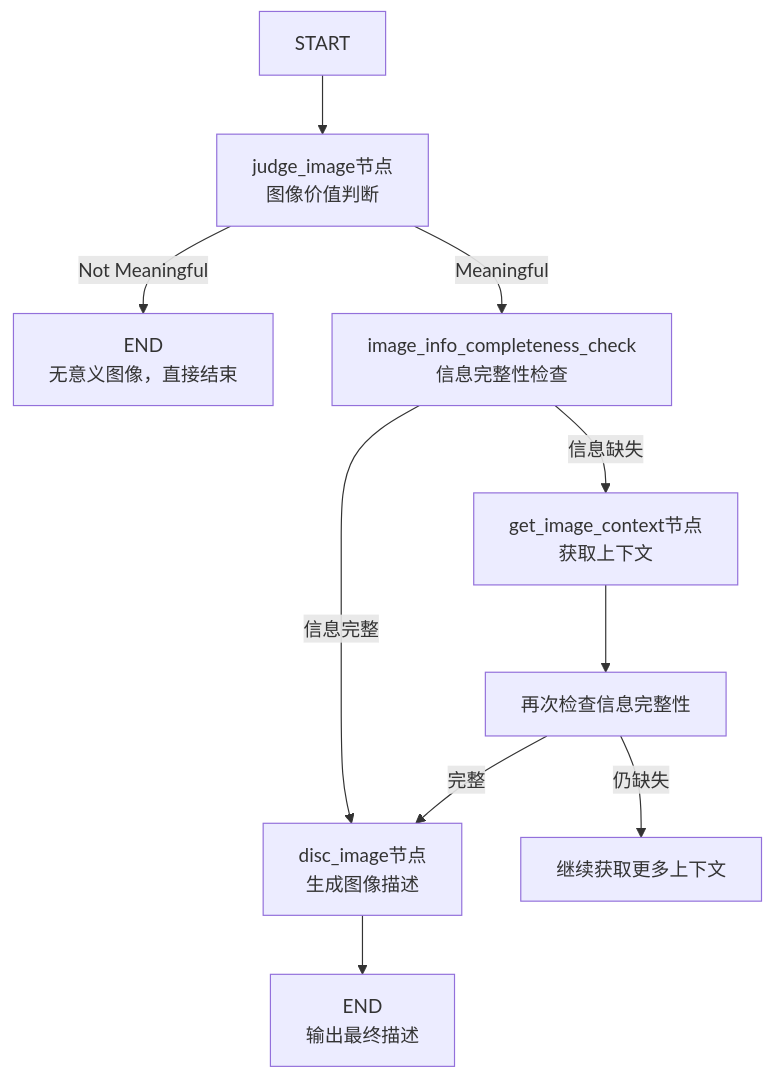
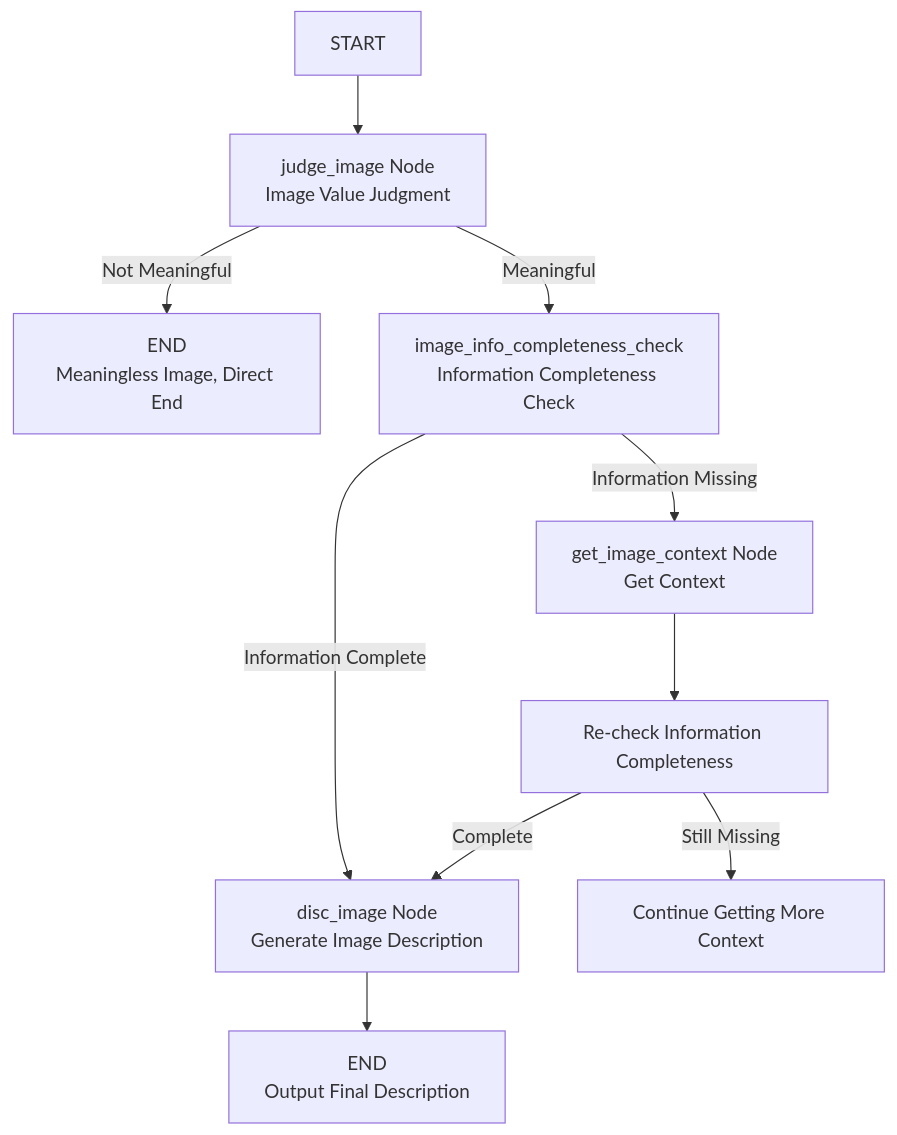
Before and after one commit to forceagod/Your-PDF-document-image-description-assistant: the diagram in README.md, drawn with Mermaid. The commit also changed other lines of this file, not shown here.

````diff
--- a/README.md
+++ b/README.md
@@ -8,16 +9,16 @@
 ```mermaid
 flowchart TD
-    Start[START] --> JudgeImage[judge_image节点<br/>图像价值判断]
+    Start[START] --> JudgeImage[judge_image Node<br/>Image Value Judgment]
     
-    JudgeImage -->|Not Meaningful| End1[END<br/>无意义图像，直接结束]
-    JudgeImage -->|Meaningful| InfoCheck[image_info_completeness_check<br/>信息完整性检查]
+    JudgeImage -->|Not Meaningful| End1[END<br/>Meaningless Image, Direct End]
+    JudgeImage -->|Meaningful| InfoCheck[image_info_completeness_check<br/>Information Completeness Check]
     
-    InfoCheck -->|信息完整| DiscImage[disc_image节点<br/>生成图像描述]
-    InfoCheck -->|信息缺失| GetContext[get_image_context节点<br/>获取上下文]
+    InfoCheck -->|Information Complete| DiscImage[disc_image Node<br/>Generate Image Description]
+    InfoCheck -->|Information Missing| GetContext[get_image_context Node<br/>Get Context]
     
-    GetContext --> InfoCheck2[再次检查信息完整性]
-    InfoCheck2 -->|完整| DiscImage
-    InfoCheck2 -->|仍缺失| GetContext2[继续获取更多上下文]
+    GetContext --> InfoCheck2[Re-check Information Completeness]
+    InfoCheck2 -->|Complete| DiscImage
+    InfoCheck2 -->|Still Missing| GetContext2[Continue Getting More Context]
     
-    DiscImage --> End2[END<br/>输出最终描述]
+    DiscImage --> End2[END<br/>Output Final Description]
 ```
````
